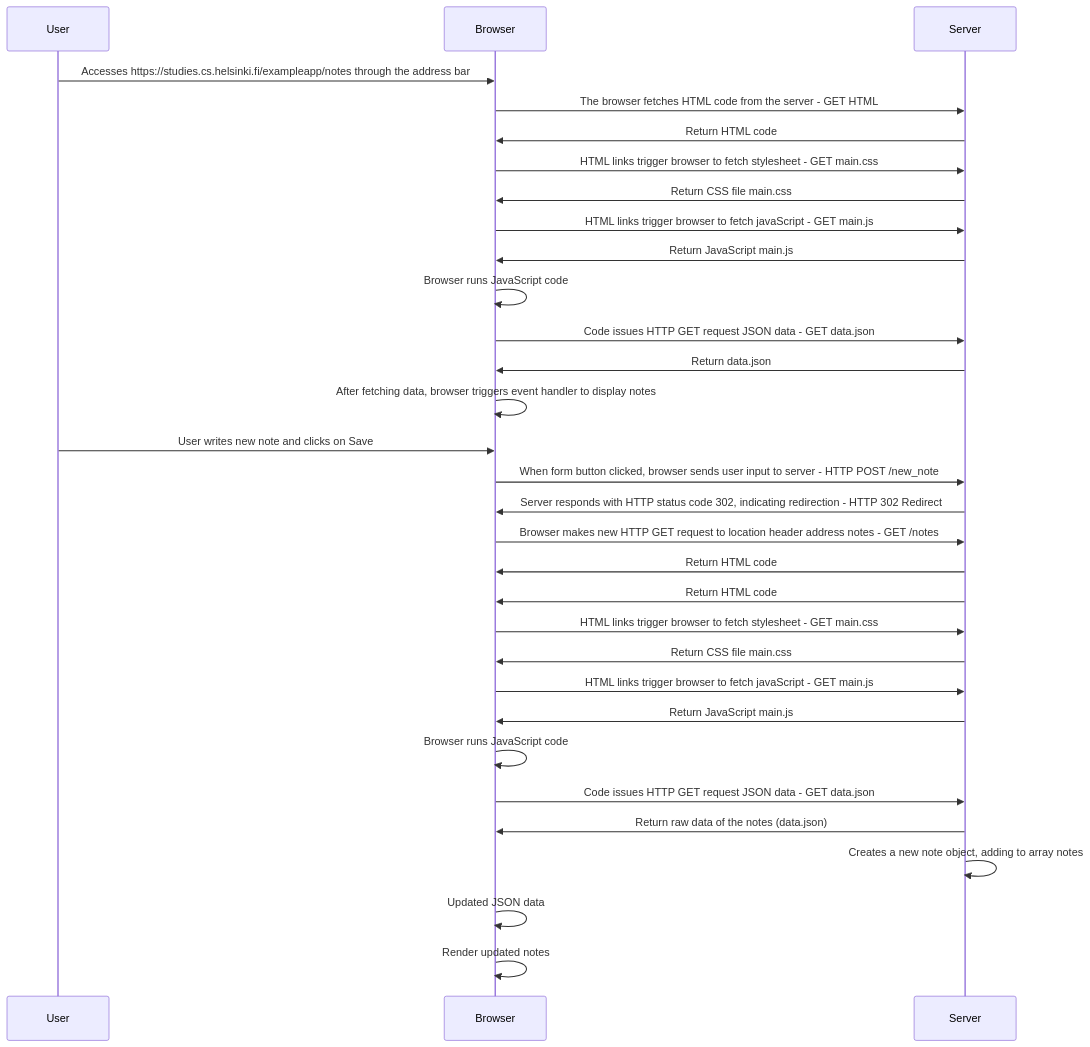
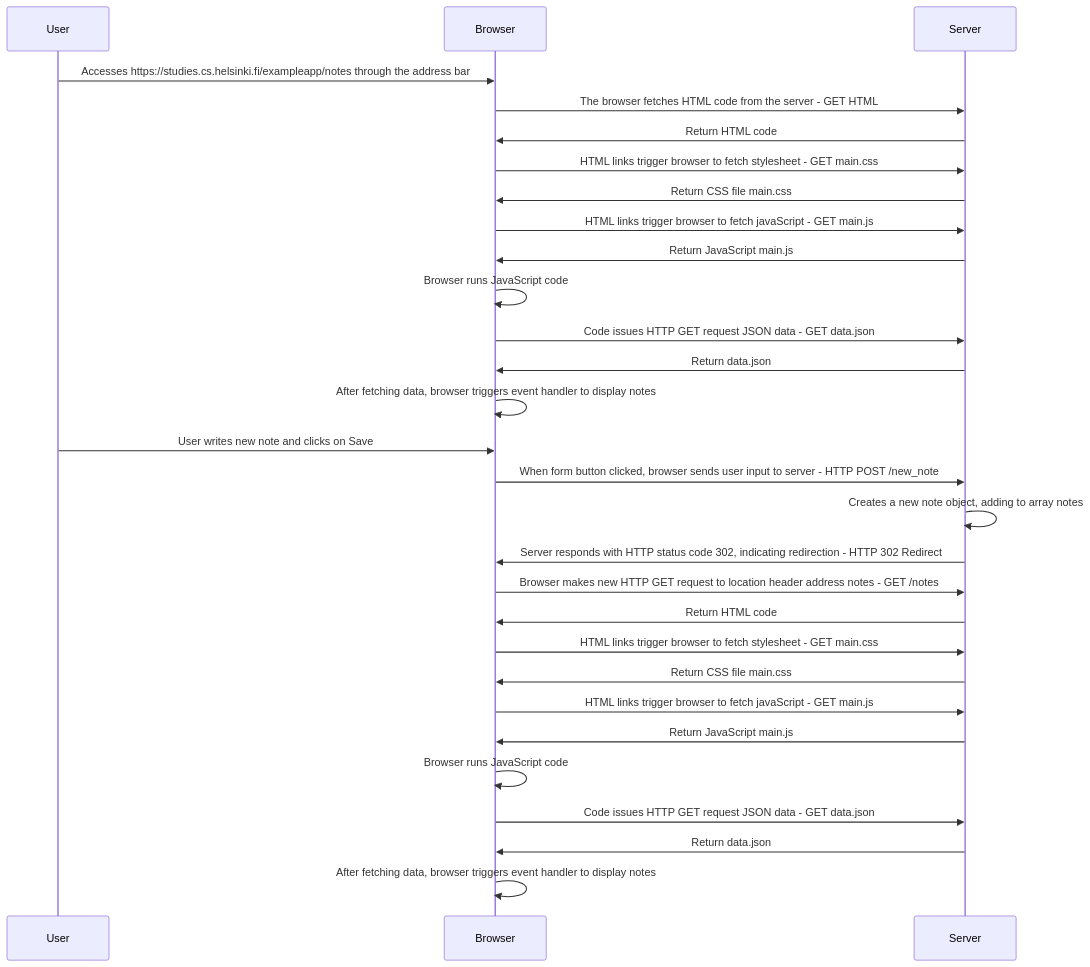
One commit to mgarciajust/fullstack-course changed the diagram in secuencia.md. Above: the diagram before and after it, drawn with Mermaid.

````diff
--- a/secuencia.md
+++ b/secuencia.md
@@ -1,30 +1,28 @@
 ```mermaid
 sequenceDiagram
     User->>Browser: Accesses https://studies.cs.helsinki.fi/exampleapp/notes through the address bar
     Browser->>Server: The browser fetches HTML code from the server - GET HTML
     Server->>Browser: Return HTML code
     Browser->>Server: HTML links trigger browser to fetch stylesheet - GET main.css
     Server->>Browser: Return CSS file main.css
     Browser->>Server: HTML links trigger browser to fetch javaScript - GET main.js
     Server->>Browser: Return JavaScript main.js
     Browser->>Browser: Browser runs JavaScript code 
     Browser->>Server: Code issues HTTP GET request JSON data - GET data.json
     Server->>Browser: Return data.json
     Browser->>Browser: After fetching data, browser triggers event handler to display notes
     User->>Browser: User writes new note and clicks on Save
     Browser->>Server: When form button clicked, browser sends user input to server - HTTP POST /new_note
+    Server->>Server: Creates a new note object, adding to array notes
     Server->>Browser: Server responds with HTTP status code 302, indicating redirection - HTTP 302 Redirect
     Browser->>Server: Browser makes new HTTP GET request to location header address notes - GET /notes
     Server->>Browser: Return HTML code 
-    Server->>Browser: Return HTML code
     Browser->>Server: HTML links trigger browser to fetch stylesheet - GET main.css
     Server->>Browser: Return CSS file main.css
     Browser->>Server: HTML links trigger browser to fetch javaScript - GET main.js
     Server->>Browser: Return JavaScript main.js
     Browser->>Browser: Browser runs JavaScript code 
     Browser->>Server: Code issues HTTP GET request JSON data - GET data.json
-    Server->>Browser: Return raw data of the notes (data.json)
-    Server->>Server: Creates a new note object, adding to array notes
-    Browser->>Browser: Updated JSON data
-    Browser->>Browser: Render updated notes
+    Server->>Browser: Return data.json
+    Browser->>Browser: After fetching data, browser triggers event handler to display notes
 ```
````
